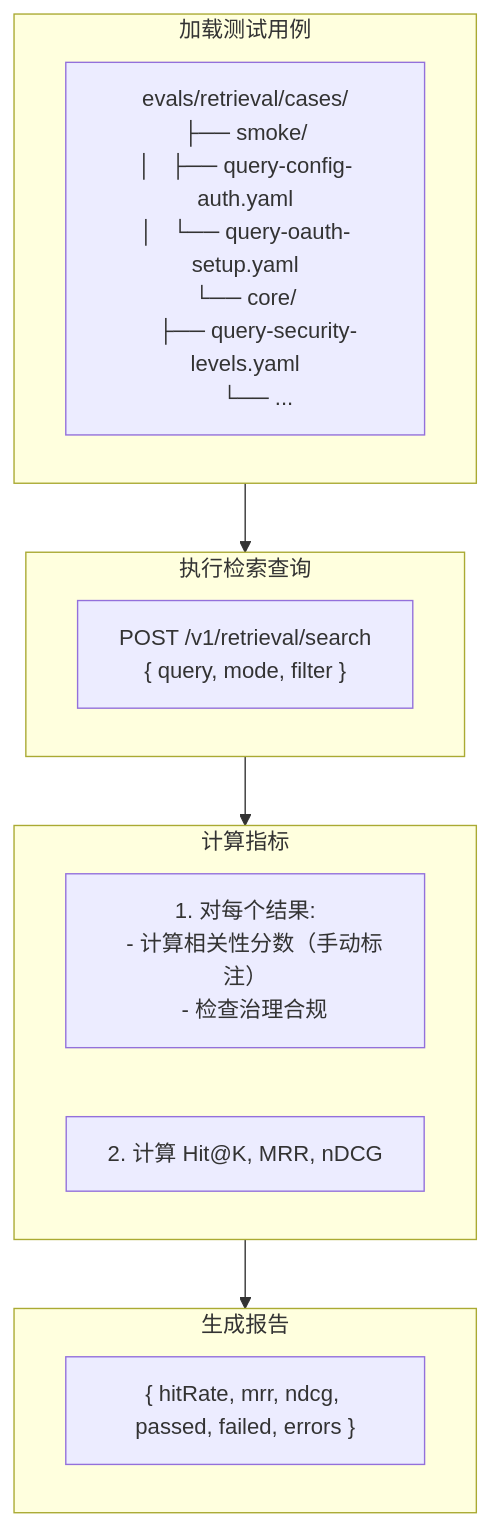
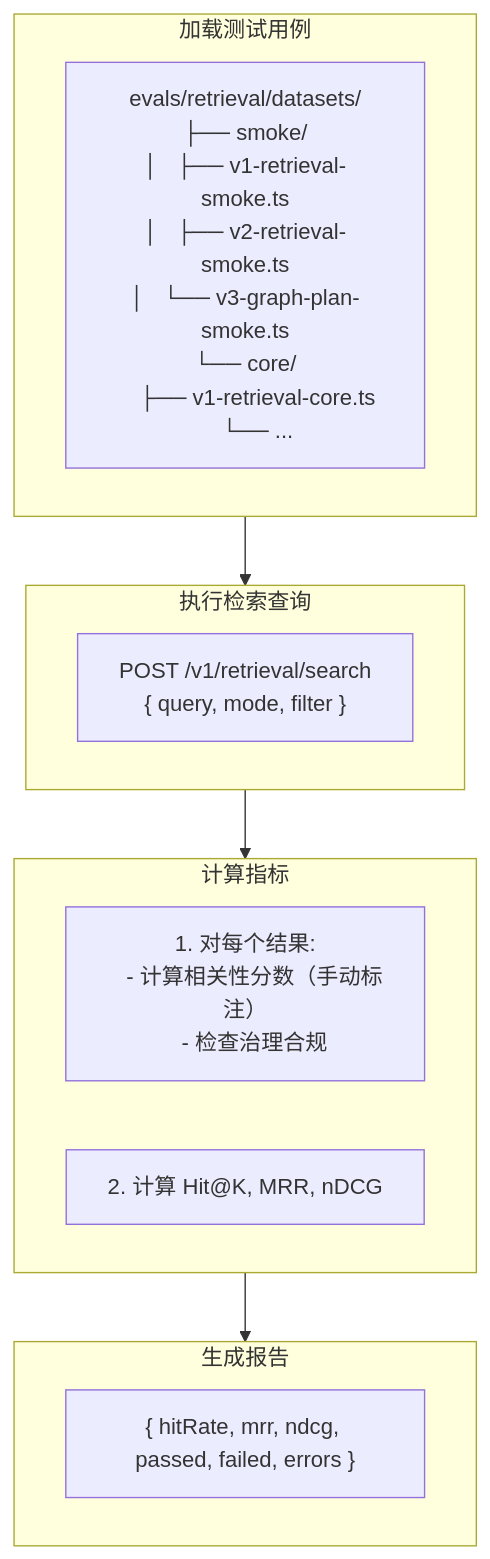
One commit to pofossette/TrapMap-for-vibing changed the second of 3 diagrams in docs/architecture/components/EVALUATION.md. Above: the diagram before and after it, drawn with Mermaid. The commit also changed other lines of this file and 19 other files, not shown here.

````diff
--- a/docs/architecture/components/EVALUATION.md
+++ b/docs/architecture/components/EVALUATION.md
@@ -83,21 +84,21 @@
 ```mermaid
 flowchart TB
     subgraph 加载测试用例["加载测试用例"]
-        A["evals/retrieval/cases/\n├── smoke/\n│   ├── query-config-auth.yaml\n│   └── query-oauth-setup.yaml\n└── core/\n    ├── query-security-levels.yaml\n    └── ..."]
+        A["evals/retrieval/datasets/\n├── smoke/\n│   ├── v1-retrieval-smoke.ts\n│   ├── v2-retrieval-smoke.ts\n│   └── v3-graph-plan-smoke.ts\n└── core/\n    ├── v1-retrieval-core.ts\n    └── ..."]
     end
 
     subgraph 执行检索查询["执行检索查询"]
         B["POST /v1/retrieval/search\n{ query, mode, filter }"]
     end
 
     subgraph 计算指标["计算指标"]
         C1["1. 对每个结果:\n   - 计算相关性分数（手动标注）\n   - 检查治理合规"]
         C2["2. 计算 Hit@K, MRR, nDCG"]
     end
 
     subgraph 生成报告["生成报告"]
         D["{ hitRate, mrr, ndcg, passed, failed, errors }"]
     end
 
     加载测试用例 --> 执行检索查询 --> 计算指标 --> 生成报告
 ```
````
